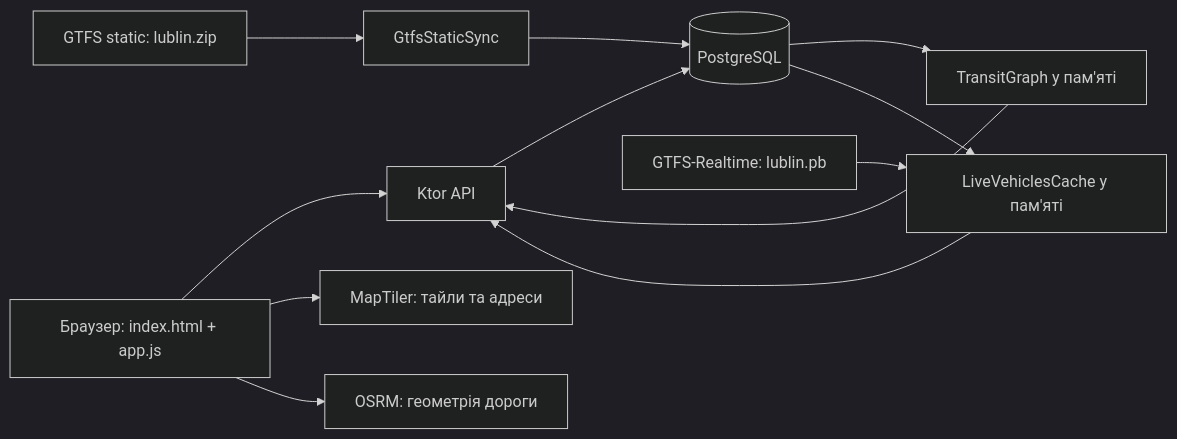
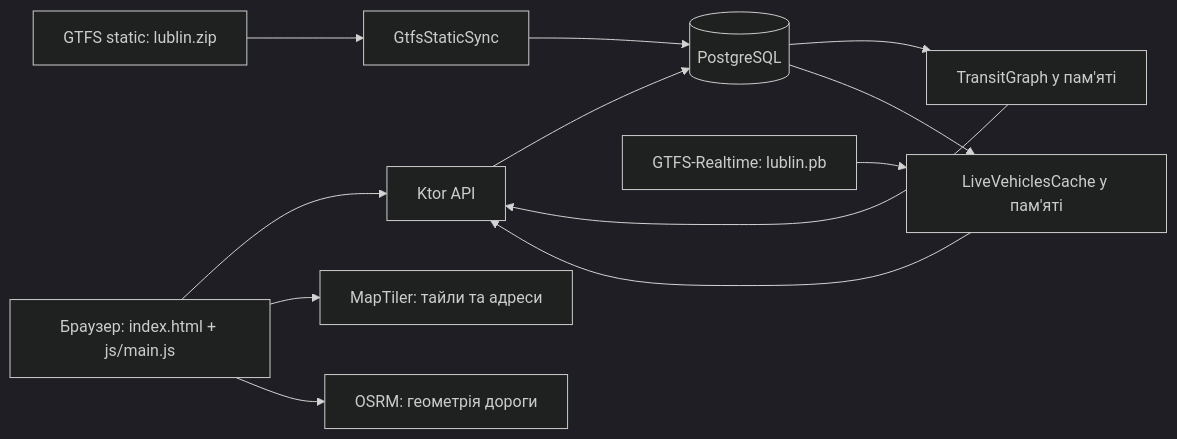
The diagram in docs/architecture.md (artemechanik/transit-alert), drawn with Mermaid (dark theme) before and after one commit. The commit also changed other lines of this file and 2 other files, not shown here.

Commit message:
docs: update frontend module architecture

````diff
--- a/docs/architecture.md
+++ b/docs/architecture.md
@@ -18,14 +19,14 @@
 ```mermaid
 flowchart LR
-    UI[Браузер: index.html + app.js] --> API[Ktor API]
+    UI[Браузер: index.html + js/main.js] --> API[Ktor API]
     API --> DB[(PostgreSQL)]
     STATIC[GTFS static: lublin.zip] --> SYNC[GtfsStaticSync]
     SYNC --> DB
     DB --> GRAPH[TransitGraph у пам'яті]
     GRAPH --> API
     RT[GTFS-Realtime: lublin.pb] --> LIVE[LiveVehiclesCache у пам'яті]
     DB --> LIVE
     LIVE --> API
     UI --> MT[MapTiler: тайли та адреси]
     UI --> OSRM[OSRM: геометрія дороги]
 ```
````
